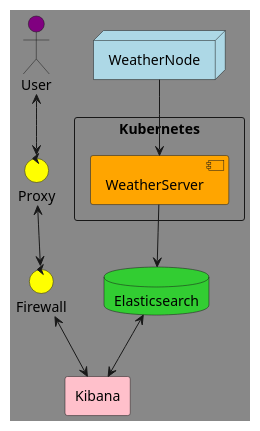
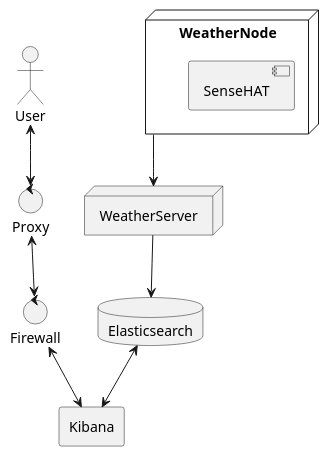
The diagram in docs/deployment.puml (james-cathcart/indoor-weather-node), drawn with PlantUML before and after one commit. The commit also changed 3 other files, not shown here.

Commit message:
updated diagrams and README

```diff
--- a/docs/deployment.puml
+++ b/docs/deployment.puml
@@ -1,24 +1,20 @@
 @startuml
 'https://plantuml.com/deployment-diagram
 
-skinparam {
-    backgroundColor #888
-    handwritten false
+actor User
+control Firewall
+control Proxy
+node WeatherServer
+node WeatherNode {
+    component SenseHAT
 }
-actor User #Purple
-control Firewall #Yellow
-control Proxy #Yellow
-rectangle Kubernetes {
-    component WeatherServer #Orange
-}
-node WeatherNode #LightBlue
-database Elasticsearch #LimeGreen
-rectangle Kibana #Pink
+database Elasticsearch
+rectangle Kibana
 
 User <--> Proxy
 Proxy <--> Firewall
 Firewall <--> Kibana
 WeatherNode --> WeatherServer
 WeatherServer --> Elasticsearch
 Elasticsearch <--> Kibana
 @enduml
```
